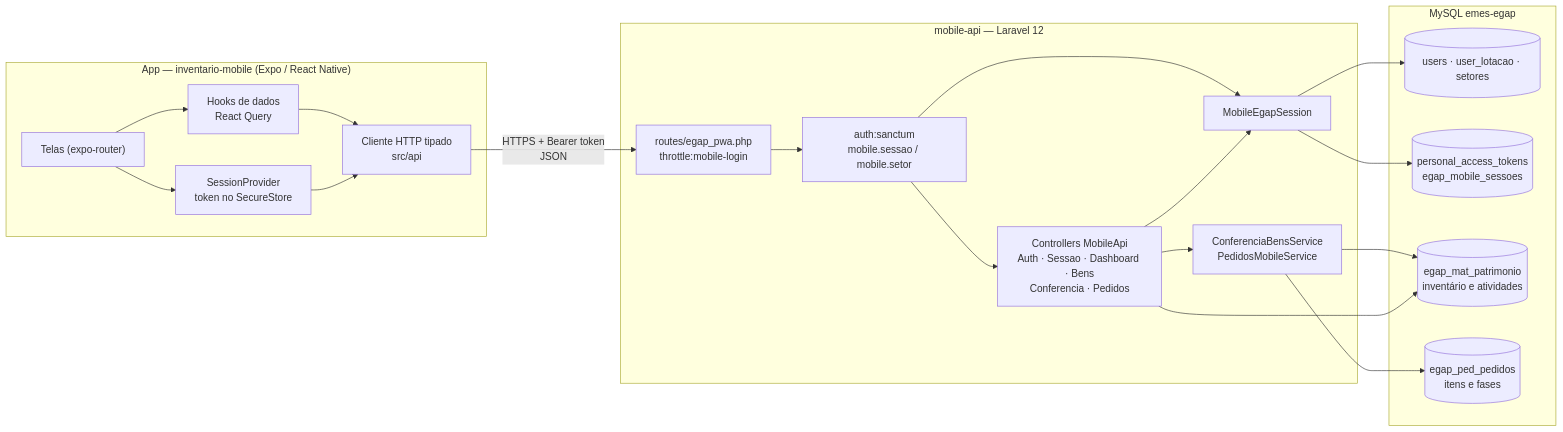
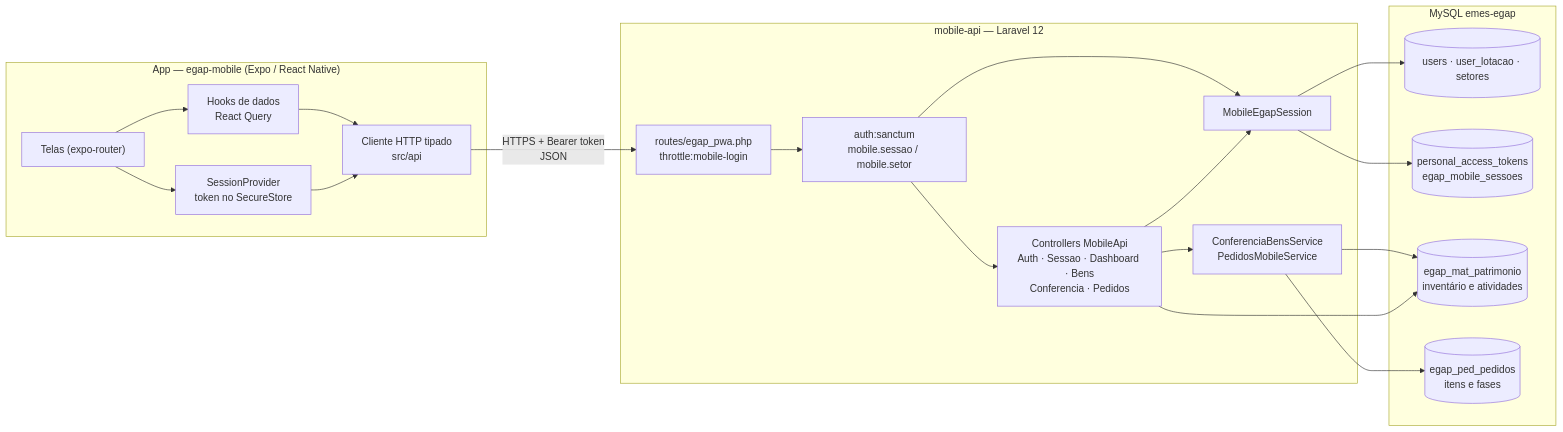
One commit to donzzim/TCC changed the first of 6 diagrams in README.md. Above: the diagram before and after it, drawn with Mermaid. The commit also changed other lines of this file and 167 other files, not shown here.

First line of the commit message:
refactor: renomeia o app para egap-mobile e serve a versao web em /egap-mobile

````diff
--- a/README.md
+++ b/README.md
@@ -80,36 +80,36 @@
 ```mermaid
 flowchart LR
-    subgraph APP["App — inventario-mobile (Expo / React Native)"]
+    subgraph APP["App — egap-mobile (Expo / React Native)"]
         telas["Telas (expo-router)"]
         hooks["Hooks de dados<br/>React Query"]
         cliente["Cliente HTTP tipado<br/>src/api"]
         sessaoApp["SessionProvider<br/>token no SecureStore"]
         telas --> hooks --> cliente
         telas --> sessaoApp --> cliente
     end
 
     subgraph API["mobile-api — Laravel 12"]
         rotas["routes/egap_pwa.php<br/>throttle:mobile-login"]
         mw["auth:sanctum<br/>mobile.sessao / mobile.setor"]
         sess["MobileEgapSession"]
         ctrl["Controllers MobileApi<br/>Auth · Sessao · Dashboard · Bens<br/>Conferencia · Pedidos"]
         svc["ConferenciaBensService<br/>PedidosMobileService"]
         rotas --> mw --> sess
         mw --> ctrl --> svc
         ctrl --> sess
     end
 
     subgraph DB["MySQL emes-egap"]
         t1[("users · user_lotacao · setores")]
         t2[("personal_access_tokens<br/>egap_mobile_sessoes")]
         t3[("egap_mat_patrimonio<br/>inventário e atividades")]
         t4[("egap_ped_pedidos<br/>itens e fases")]
     end
 
     cliente -- "HTTPS + Bearer token<br/>JSON" --> rotas
     sess --> t1
     sess --> t2
     svc --> t3
     svc --> t4
     ctrl --> t3
 ```
````
